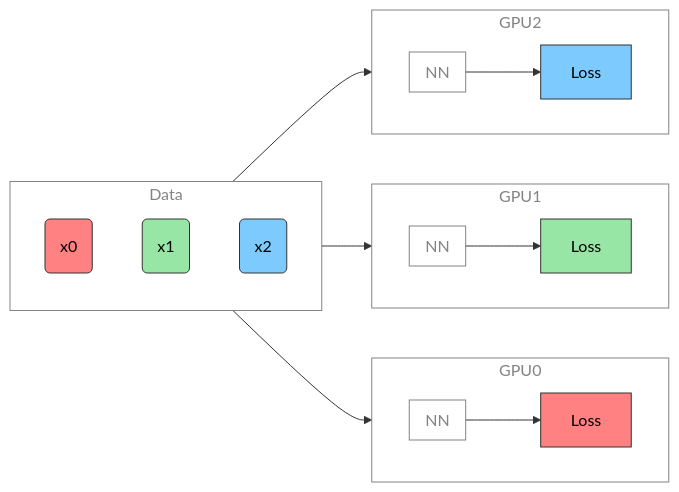
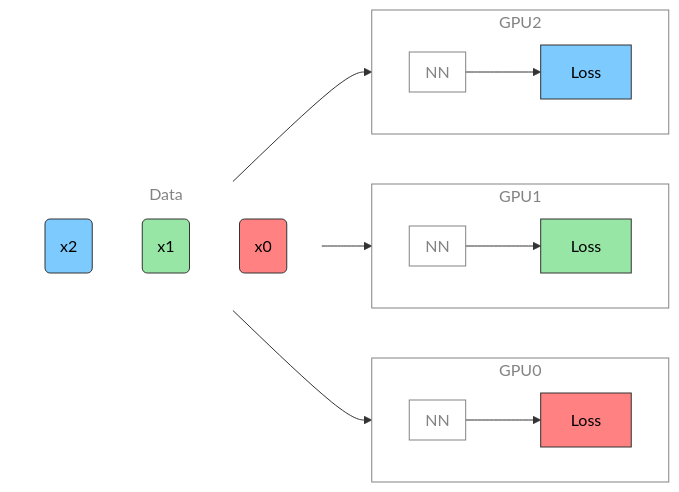
One commit to saforem2/personal_site changed the second of 8 diagrams in docs/talks/2025/10/15/index.md. Above: the diagram before and after it, drawn with Mermaid. The commit also changed other lines of this file and 7 other files, not shown here.

````diff
--- a/docs/talks/2025/10/15/index.md
+++ b/docs/talks/2025/10/15/index.md
@@ -162,52 +162,54 @@
 ``` mermaid
 flowchart LR
     subgraph D["`Data`"]
         direction TB
+        x2("`x2`")
+        x1("`x1`")
         x("`x0`")
-        x1("`x1`")
-        x2("`x2`")
     end
     direction LR
     subgraph G0["`GPU0`"]
         direction LR
         subgraph N0["`NN`"]
         end
         %%y0("`y₀`")
         L0["`Loss`"]
     end
     subgraph G1["`GPU1`"]
         direction LR
         subgraph N1["`NN`"]
         end
         L1["`Loss`"]
     end
     subgraph G2["`GPU2`"]
         direction LR
         subgraph N2["`NN`"]
         end
         L2["`Loss`"]
     end
     x --> N0
     x1 --> N1
     x2 --> N2
     N0 --> L0
     N1 --> L1
     N2 --> L2
 classDef block fill:#CCCCCC02,stroke:#838383,stroke-width:1px,color:#838383
+classDef eblock fill:#CCCCCC02,stroke:#838383,stroke-width:0px,color:#838383
 classDef text fill:#CCCCCC02,stroke:#838383,stroke-width:0px,color:#838383
 classDef grey fill:#cccccc,stroke:#333,stroke-width:1px,color:#000
 classDef red fill:#ff8181,stroke:#333,stroke-width:1px,color:#000
 classDef orange fill:#FFC47F,stroke:#333,stroke-width:1px,color:#000
 classDef yellow fill:#FFFF7F,stroke:#333,stroke-width:1px,color:#000
 classDef green fill:#98E6A5,stroke:#333,stroke-width:1px,color:#000
 classDef blue fill:#7DCAFF,stroke:#333,stroke-width:1px,color:#000
 classDef purple fill:#FFCBE6,stroke:#333,stroke-width:1px,color:#000
 classDef eblock fill:#CCCCCC02,stroke:#838383,stroke-width:0px,color:#838383
 class x,y0,L0 red
 class x1,L1 green
 class x2,L2 blue
 class x3,ar grey
-class D,N0,N1,N2,G0,G1,G2,GU block
+class N0,N1,N2,G0,G1,G2,GU block
+class D eblock
 class AR block
 class bc text
 ```
````
